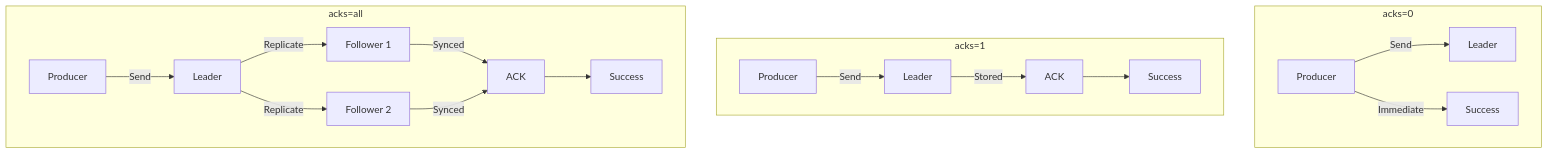
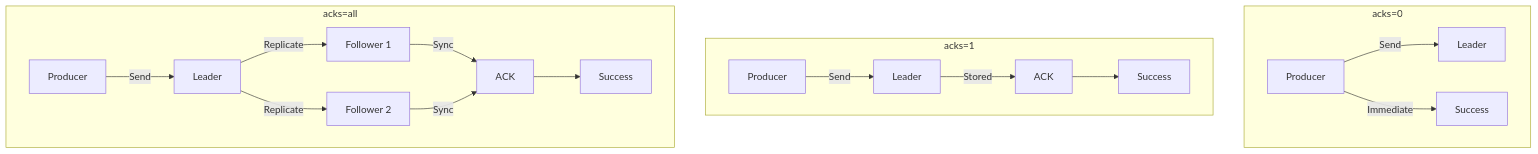
Before and after one commit to advanced-beginner/advanced-beginner.github.io: the first of 6 diagrams in content/en/docs/kafka/concepts/advanced-concepts.md, drawn with Mermaid. The commit also changed other lines of this file and 7 other files, not shown here.

````diff
--- a/content/en/docs/kafka/concepts/advanced-concepts.md
+++ b/content/en/docs/kafka/concepts/advanced-concepts.md
@@ -17,22 +31,22 @@
 ```mermaid
 flowchart TB
     subgraph acks0["acks=0"]
         P0[Producer] -->|Send| L0[Leader]
         P0 -->|Immediate| OK0[Success]
     end
 
     subgraph acks1["acks=1"]
         P1[Producer] -->|Send| L1[Leader]
         L1 -->|Stored| ACK1[ACK]
         ACK1 --> OK1[Success]
     end
 
     subgraph acksAll["acks=all"]
         P2[Producer] -->|Send| L2[Leader]
         L2 -->|Replicate| F1[Follower 1]
         L2 -->|Replicate| F2[Follower 2]
-        F1 -->|Synced| ACK2[ACK]
-        F2 -->|Synced| ACK2
+        F1 -->|Sync| ACK2[ACK]
+        F2 -->|Sync| ACK2
         ACK2 --> OK2[Success]
     end
 ```
````
